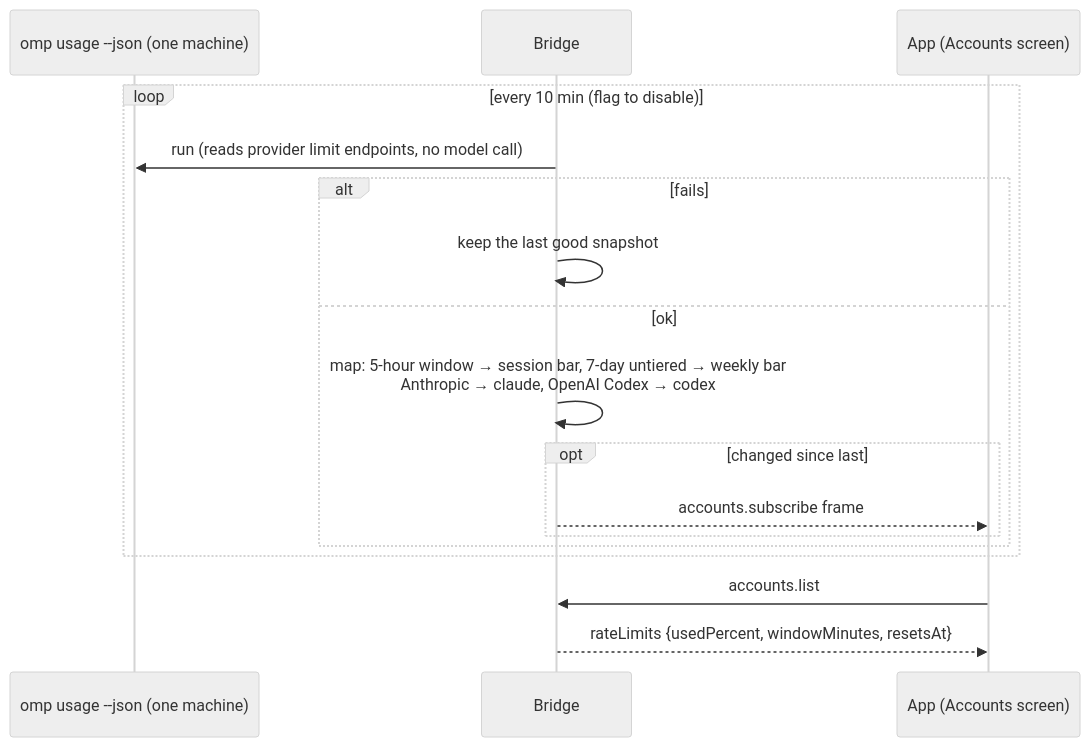
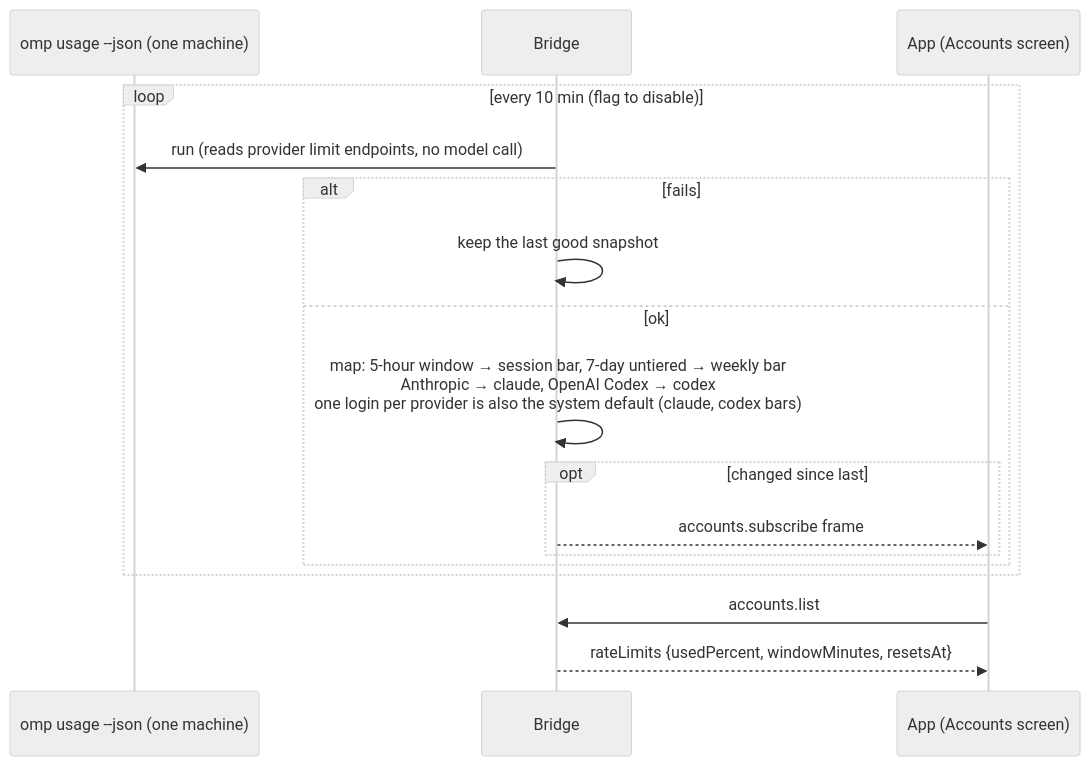
One commit to y0c0ms/sesync changed diagram 18 of 20 in docs/PROCESSES.md. Above: the diagram before and after it, drawn with Mermaid (neutral theme). The commit also changed other lines of this file, not shown here.

First line of the commit message:
docs: PROCESSES.md follows the event-driven notification watcher and the default usage bars

````diff
--- a/docs/PROCESSES.md
+++ b/docs/PROCESSES.md
@@ -518,19 +525,19 @@
 ```mermaid
 sequenceDiagram
   participant Omp as omp usage --json (one machine)
   participant BR as Bridge
   participant App as App (Accounts screen)
   loop every 10 min (flag to disable)
     BR->>Omp: run (reads provider limit endpoints, no model call)
     alt fails
       BR->>BR: keep the last good snapshot
     else ok
-      BR->>BR: map: 5-hour window → session bar, 7-day untiered → weekly bar<br/>Anthropic → claude, OpenAI Codex → codex
+      BR->>BR: map: 5-hour window → session bar, 7-day untiered → weekly bar<br/>Anthropic → claude, OpenAI Codex → codex<br/>one login per provider is also the system default (claude, codex bars)
       opt changed since last
         BR-->>App: accounts.subscribe frame
       end
     end
   end
   App->>BR: accounts.list
   BR-->>App: rateLimits {usedPercent, windowMinutes, resetsAt}
 ```
````
